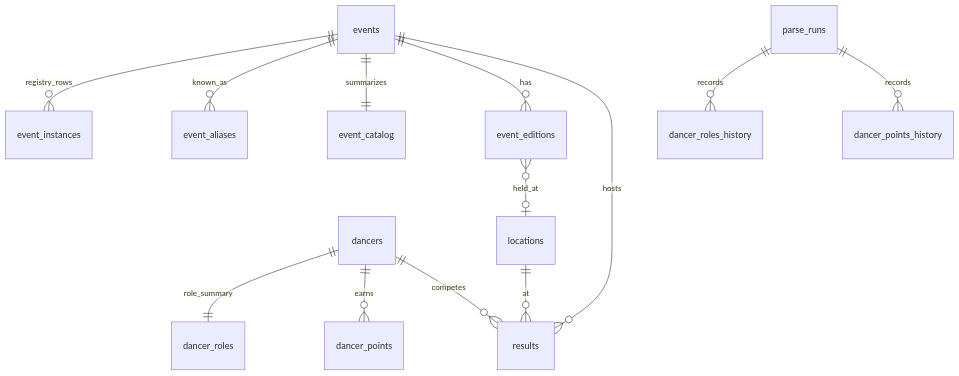
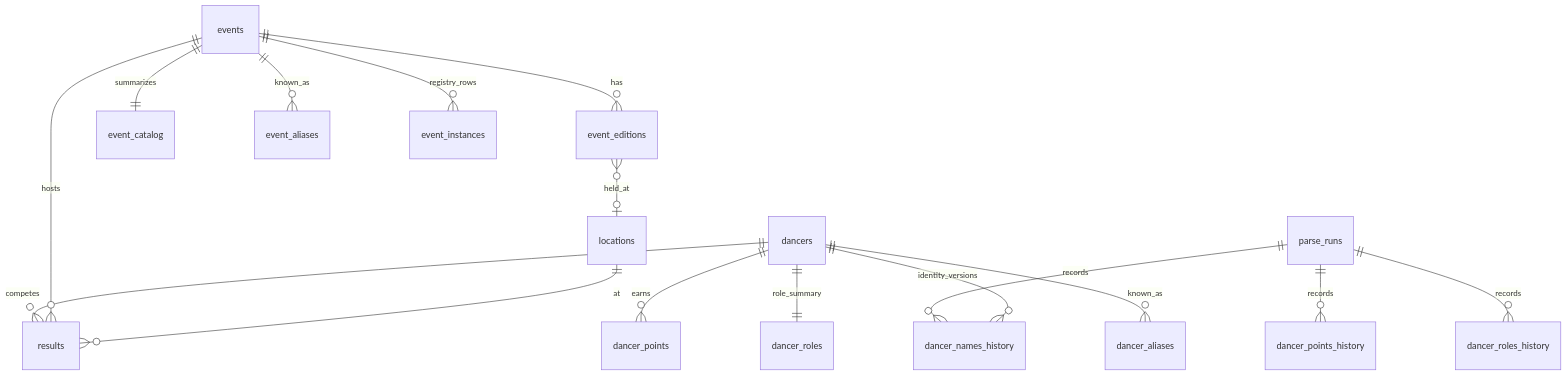
One commit to zlat1109/wsdc-data-pipeline changed the first of 2 diagrams in docs/database/index.md. Above: the diagram before and after it, drawn with Mermaid. The commit also changed 22 other files, not shown here.

````diff
--- a/docs/database/index.md
+++ b/docs/database/index.md
@@ -17,15 +17,18 @@
 ```mermaid
 erDiagram
   dancers ||--o{ results : competes
   events ||--o{ results : hosts
   locations ||--o{ results : at
   events ||--o{ event_editions : has
   events ||--|| event_catalog : summarizes
   event_editions }o--o| locations : held_at
   dancers ||--o{ dancer_points : earns
   dancers ||--|| dancer_roles : role_summary
   events ||--o{ event_aliases : known_as
   events ||--o{ event_instances : registry_rows
   parse_runs ||--o{ dancer_points_history : records
   parse_runs ||--o{ dancer_roles_history : records
+  parse_runs ||--o{ dancer_names_history : records
+  dancers ||--o{ dancer_names_history : identity_versions
+  dancers ||--o{ dancer_aliases : known_as
 ```
````
